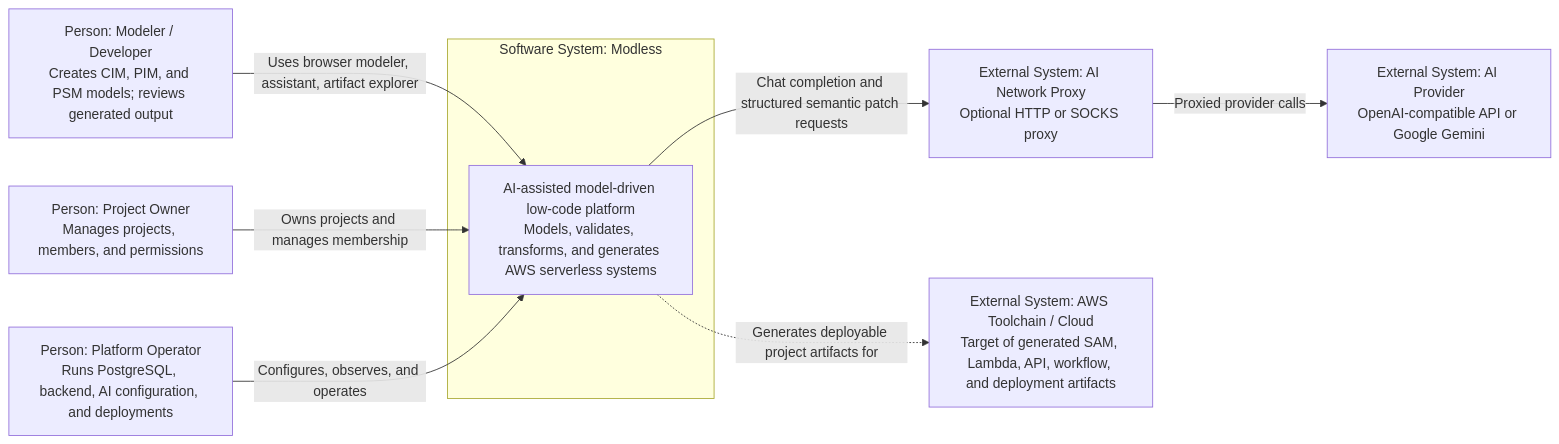
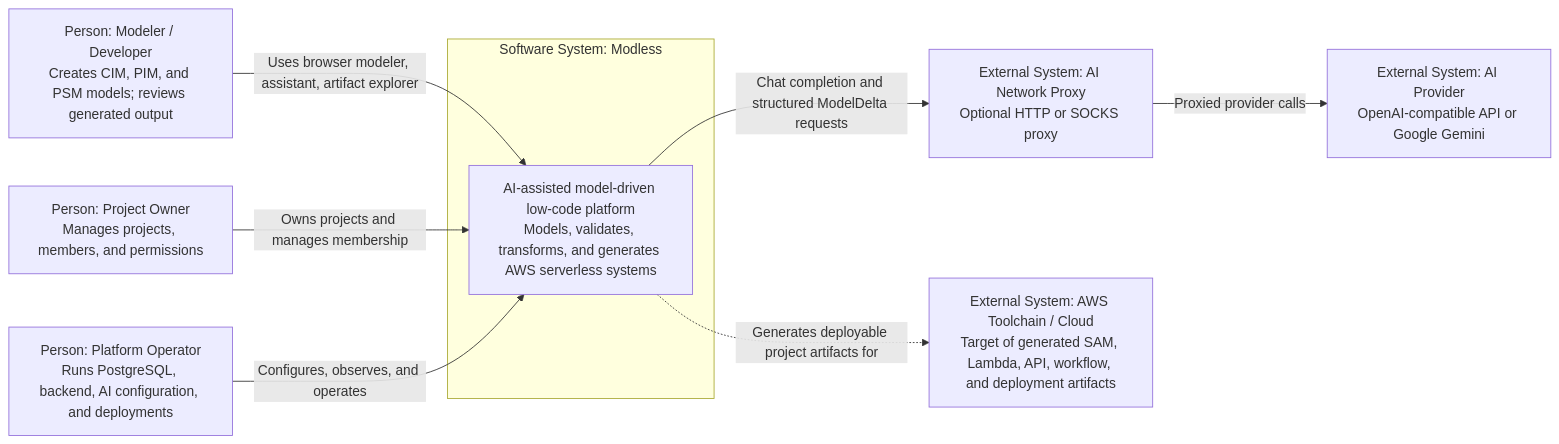
Before and after one commit to mehdieidi/modriss: the first of 2 diagrams in docs/diagrams/01-c4-system-context.md, drawn with Mermaid. The commit also changed 130 other files, not shown here.

````diff
--- a/docs/diagrams/01-c4-system-context.md
+++ b/docs/diagrams/01-c4-system-context.md
@@ -3,21 +3,21 @@
 ```mermaid
 flowchart LR
     developer["Person: Modeler / Developer<br/>Creates CIM, PIM, and PSM models; reviews generated output"]
     owner["Person: Project Owner<br/>Manages projects, members, and permissions"]
     operator["Person: Platform Operator<br/>Runs PostgreSQL, backend, AI configuration, and deployments"]
 
     subgraph modless["Software System: Modless"]
         system["AI-assisted model-driven low-code platform<br/>Models, validates, transforms, and generates AWS serverless systems"]
     end
 
     llm["External System: AI Provider<br/>OpenAI-compatible API or Google Gemini"]
     proxy["External System: AI Network Proxy<br/>Optional HTTP or SOCKS proxy"]
     aws["External System: AWS Toolchain / Cloud<br/>Target of generated SAM, Lambda, API, workflow, and deployment artifacts"]
 
     developer -->|"Uses browser modeler, assistant, artifact explorer"| system
     owner -->|"Owns projects and manages membership"| system
     operator -->|"Configures, observes, and operates"| system
-    system -->|"Chat completion and structured semantic patch requests"| proxy
+    system -->|"Chat completion and structured ModelDelta requests"| proxy
     proxy -->|"Proxied provider calls"| llm
     system -.->|"Generates deployable project artifacts for"| aws
 ```
````
